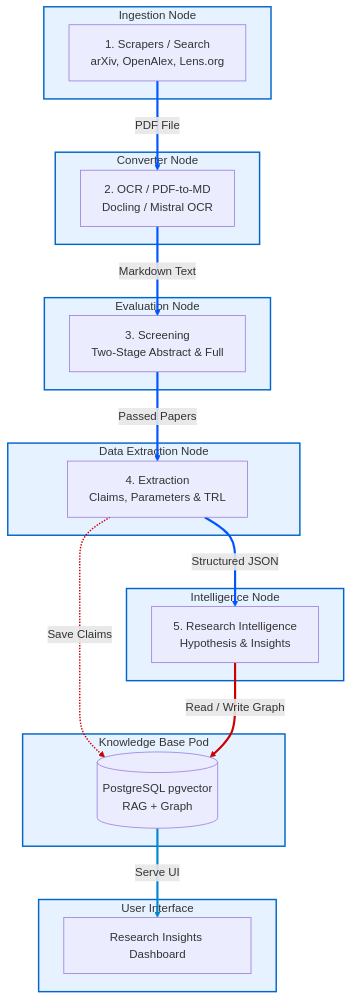
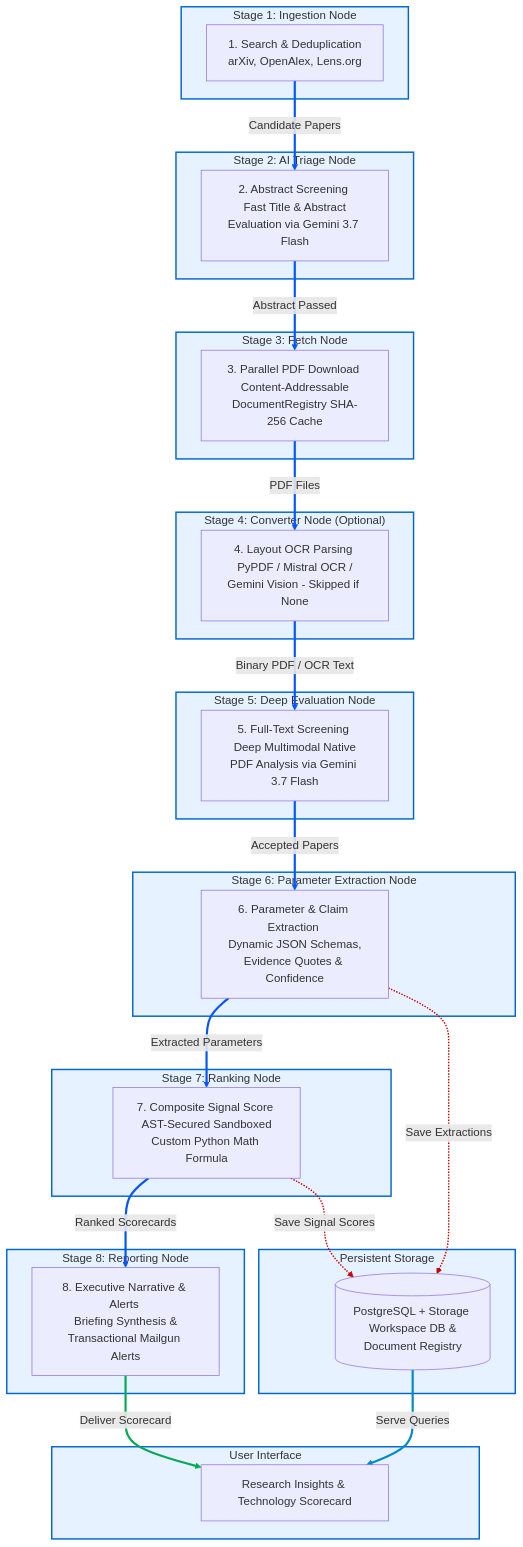
Before and after one commit to p4ku/research-intelligence: the diagram in docs/diagrams/pipeline_stages.mmd, drawn with Mermaid. The commit also changed 15 other files, not shown here.

Commit message:
docs: update diagrams and user guides for 8-stage SLR pipeline and workspace config import/export

```diff
--- a/docs/diagrams/pipeline_stages.mmd
+++ b/docs/diagrams/pipeline_stages.mmd
@@ -1,52 +1,75 @@
 graph TB
-    subgraph P1 ["Ingestion Node"]
-        scrapers[1. Scrapers / Search <br> arXiv, OpenAlex, Lens.org]
+    subgraph P1 ["Stage 1: Ingestion Node"]
+        search[1. Search & Deduplication <br> arXiv, OpenAlex, Lens.org]
     end
     style P1 fill:#e6f2ff,stroke:#0066cc,stroke-width:2px
 
-    subgraph P2 ["Converter Node"]
-        ocr[2. OCR / PDF-to-MD <br> Docling / Mistral OCR]
+    subgraph P2 ["Stage 2: AI Triage Node"]
+        abstract_screen[2. Abstract Screening <br> Fast Title & Abstract Evaluation via Gemini 3.7 Flash]
     end
     style P2 fill:#e6f2ff,stroke:#0066cc,stroke-width:2px
 
-    subgraph P3 ["Evaluation Node"]
-        screening[3. Screening <br> Two-Stage Abstract & Full]
+    subgraph P3 ["Stage 3: Fetch Node"]
+        download[3. Parallel PDF Download <br> Content-Addressable DocumentRegistry SHA-256 Cache]
     end
     style P3 fill:#e6f2ff,stroke:#0066cc,stroke-width:2px
 
-    subgraph P4 ["Data Extraction Node"]
-        extraction[4. Extraction <br> Claims, Parameters & TRL]
+    subgraph P4 ["Stage 4: Converter Node (Optional)"]
+        ocr[4. Layout OCR Parsing <br> PyPDF / Mistral OCR / Gemini Vision - Skipped if None]
     end
     style P4 fill:#e6f2ff,stroke:#0066cc,stroke-width:2px
 
-    subgraph P5 ["Intelligence Node"]
-        research_intel[5. Research Intelligence <br> Hypothesis & Insights]
+    subgraph P5 ["Stage 5: Deep Evaluation Node"]
+        full_text_screen[5. Full-Text Screening <br> Deep Multimodal Native PDF Analysis via Gemini 3.7 Flash]
     end
     style P5 fill:#e6f2ff,stroke:#0066cc,stroke-width:2px
 
-    subgraph KB ["Knowledge Base Pod"]
-        kb[(PostgreSQL pgvector <br> RAG + Graph)]
+    subgraph P6 ["Stage 6: Parameter Extraction Node"]
+        extraction[6. Parameter & Claim Extraction <br> Dynamic JSON Schemas, Evidence Quotes & Confidence]
+    end
+    style P6 fill:#e6f2ff,stroke:#0066cc,stroke-width:2px
+
+    subgraph P7 ["Stage 7: Ranking Node"]
+        signal_score[7. Composite Signal Score <br> AST-Secured Sandboxed Custom Python Math Formula]
+    end
+    style P7 fill:#e6f2ff,stroke:#0066cc,stroke-width:2px
+
+    subgraph P8 ["Stage 8: Reporting Node"]
+        reporting[8. Executive Narrative & Alerts <br> Briefing Synthesis & Transactional Mailgun Alerts]
+    end
+    style P8 fill:#e6f2ff,stroke:#0066cc,stroke-width:2px
+
+    subgraph KB ["Persistent Storage"]
+        kb[(PostgreSQL + Storage <br> Workspace DB & Document Registry)]
     end
     style KB fill:#e6f2ff,stroke:#0066cc,stroke-width:2px
 
     subgraph UI ["User Interface"]
-        user[Research Insights Dashboard]
+        user[Research Insights & Technology Scorecard]
     end
     style UI fill:#e6f2ff,stroke:#0066cc,stroke-width:2px
 
-    scrapers ==>|PDF File| ocr
-    ocr ==>|Markdown Text| screening
-    screening ==>|Passed Papers| extraction
-    extraction ==>|Structured JSON| research_intel
+    search ==>|Candidate Papers| abstract_screen
+    abstract_screen ==>|Abstract Passed| download
+    download ==>|PDF Files| ocr
+    ocr ==>|Binary PDF / OCR Text| full_text_screen
+    full_text_screen ==>|Accepted Papers| extraction
+    extraction ==>|Extracted Parameters| signal_score
+    signal_score ==>|Ranked Scorecards| reporting
 
-    extraction -.->|Save Claims| kb
-    research_intel ==>|Read / Write Graph| kb
-    kb ==>|Serve UI| user
+    extraction -.->|Save Extractions| kb
+    signal_score -.->|Save Signal Scores| kb
+    reporting ==>|Deliver Scorecard| user
+    kb ==>|Serve Queries| user
 
     linkStyle 0 stroke:#0055ff,stroke-width:3px;
     linkStyle 1 stroke:#0055ff,stroke-width:3px;
     linkStyle 2 stroke:#0055ff,stroke-width:3px;
     linkStyle 3 stroke:#0055ff,stroke-width:3px;
-    linkStyle 4 stroke:#cc0000,stroke-width:2px;
-    linkStyle 5 stroke:#cc0000,stroke-width:3px;
-    linkStyle 6 stroke:#0088cc,stroke-width:3px;
+    linkStyle 4 stroke:#0055ff,stroke-width:3px;
+    linkStyle 5 stroke:#0055ff,stroke-width:3px;
+    linkStyle 6 stroke:#0055ff,stroke-width:3px;
+    linkStyle 7 stroke:#cc0000,stroke-width:2px;
+    linkStyle 8 stroke:#cc0000,stroke-width:2px;
+    linkStyle 9 stroke:#00aa55,stroke-width:3px;
+    linkStyle 10 stroke:#0088cc,stroke-width:3px;
```
